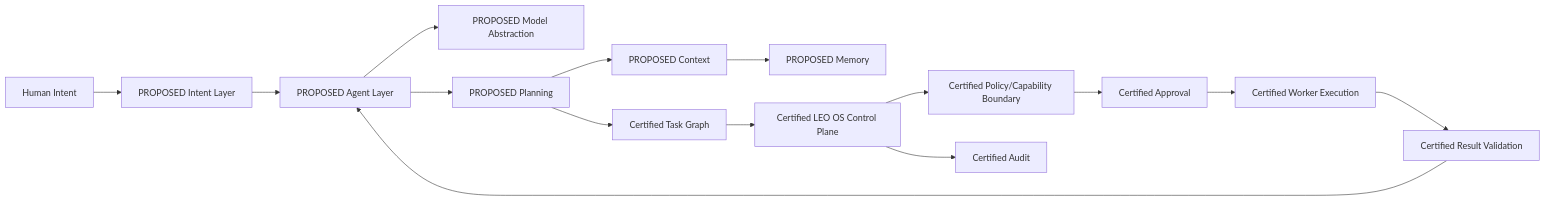
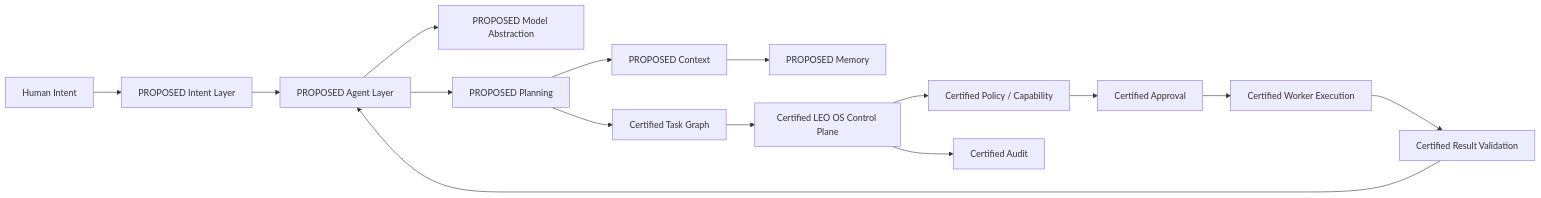
The second of 7 diagrams in docs/PHASE_2_ARCHITECTURE.md (leo-ioo8989/os), drawn with Mermaid before and after one commit. The commit also changed other lines of this file, not shown here.

Commit message:
docs: complete Phase 2 architecture diagrams

````diff
--- a/docs/PHASE_2_ARCHITECTURE.md
+++ b/docs/PHASE_2_ARCHITECTURE.md
@@ -11,17 +28,17 @@
 ```mermaid
 flowchart LR
  U[Human Intent] --> IN[PROPOSED Intent Layer]
  IN --> AG[PROPOSED Agent Layer]
  AG --> MA[PROPOSED Model Abstraction]
  AG --> PL[PROPOSED Planning]
  PL --> CS[PROPOSED Context]
  CS --> MS[PROPOSED Memory]
  PL --> TG[Certified Task Graph]
  TG --> CP[Certified LEO OS Control Plane]
- CP --> PE[Certified Policy/Capability Boundary]
+ CP --> PE[Certified Policy / Capability]
  PE --> AP[Certified Approval]
  AP --> EX[Certified Worker Execution]
  EX --> RV[Certified Result Validation]
  RV --> AG
  CP --> AU[Certified Audit]
 ```
````
